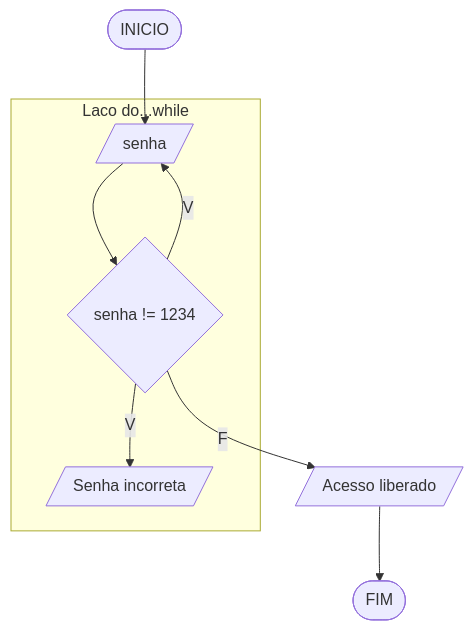
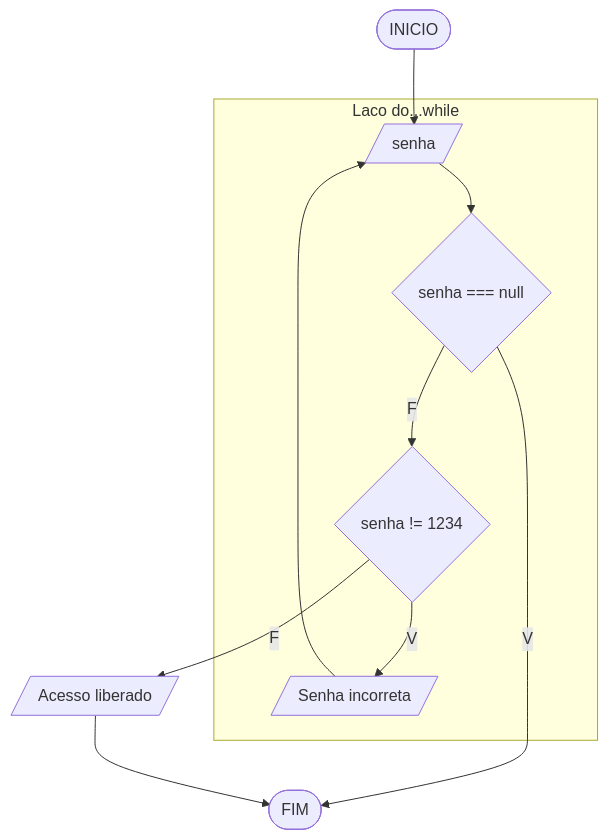
Before and after one commit to carubbi/RLA: the third of 7 diagrams in aulas/aula7/aula7.md, drawn with Mermaid. The commit also changed other lines of this file, not shown here.

````diff
--- a/aulas/aula7/aula7.md
+++ b/aulas/aula7/aula7.md
@@ -196,12 +199,14 @@
 ```mermaid
 flowchart TD
 A([INICIO]) --> B
 subgraph SEQ [Laco do...while]
 B[/senha/]
-B --> C{senha != 1234}
-C -- V --> D[/Senha incorreta/]
+B --> C{senha === null}
+C -- F --> D{senha != 1234}
+D -- V --> E[/Senha incorreta/]
 end
-C -- V --> B
-C -- F --> E[/Acesso liberado/]
-E --> F([FIM])
+E --> B
+C -- V --> F([FIM])
+D -- F --> G[/Acesso liberado/]
+G --> F
 ```
````
